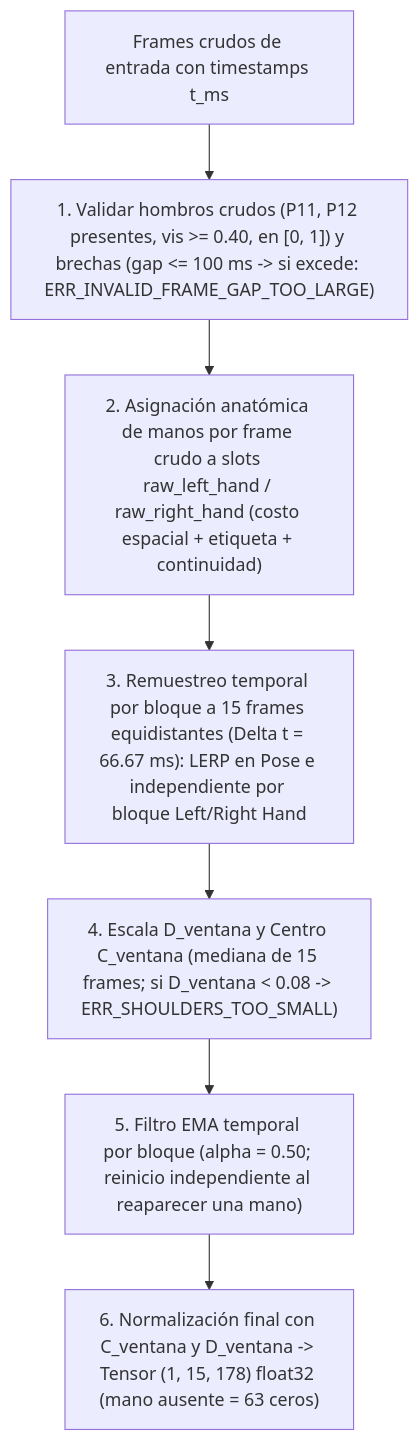
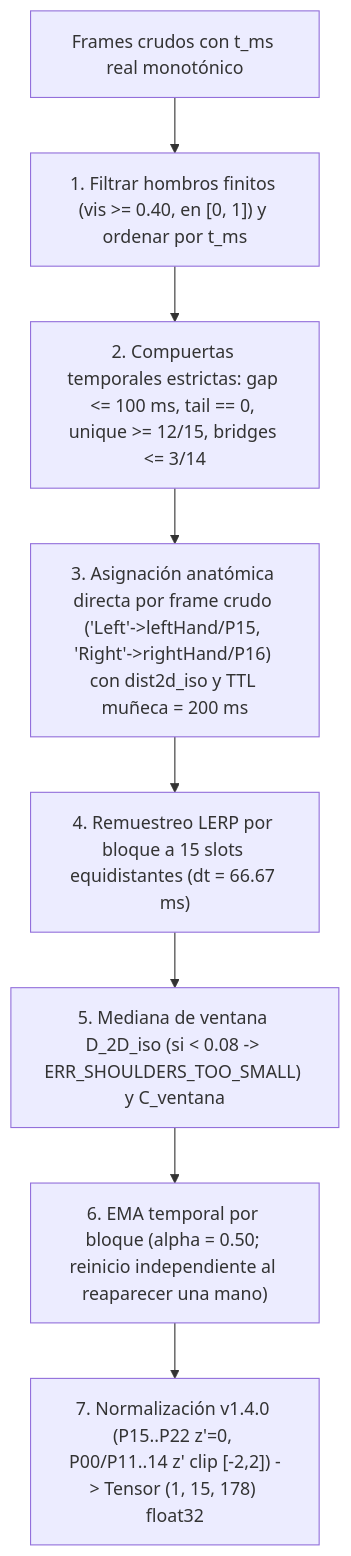
The diagram in docs/dataset-generator/FEATURE_SPEC.md (Salf423/expresat), drawn with Mermaid before and after one commit. The commit also changed other lines of this file and 3 other files, not shown here.

````diff
--- a/docs/dataset-generator/FEATURE_SPEC.md
+++ b/docs/dataset-generator/FEATURE_SPEC.md
@@ -95,9 +86,10 @@
 ```mermaid
 flowchart TD
-    IN["Frames crudos de entrada con timestamps t_ms"] --> S1["1. Validar hombros crudos (P11, P12 presentes, vis >= 0.40, en [0, 1]) y brechas (gap <= 100 ms -> si excede: ERR_INVALID_FRAME_GAP_TOO_LARGE)"]
-    S1 --> S2["2. Asignación anatómica de manos por frame crudo a slots raw_left_hand / raw_right_hand (costo espacial + etiqueta + continuidad)"]
-    S2 --> S3["3. Remuestreo temporal por bloque a 15 frames equidistantes (Delta t = 66.67 ms): LERP en Pose e independiente por bloque Left/Right Hand"]
-    S3 --> S4["4. Escala D_ventana y Centro C_ventana (mediana de 15 frames; si D_ventana < 0.08 -> ERR_SHOULDERS_TOO_SMALL)"]
-    S4 --> S5["5. Filtro EMA temporal por bloque (alpha = 0.50; reinicio independiente al reaparecer una mano)"]
-    S5 --> S6["6. Normalización final con C_ventana y D_ventana -> Tensor (1, 15, 178) float32 (mano ausente = 63 ceros)"]
+    IN["Frames crudos con t_ms real monotónico"] --> S1["1. Filtrar hombros finitos (vis >= 0.40, en [0, 1]) y ordenar por t_ms"]
+    S1 --> S2["2. Compuertas temporales estrictas: gap <= 100 ms, tail == 0, unique >= 12/15, bridges <= 3/14"]
+    S2 --> S3["3. Asignación anatómica directa por frame crudo ('Left'->leftHand/P15, 'Right'->rightHand/P16) con dist2d_iso y TTL muñeca = 200 ms"]
+    S3 --> S4["4. Remuestreo LERP por bloque a 15 slots equidistantes (dt = 66.67 ms)"]
+    S4 --> S5["5. Mediana de ventana D_2D_iso (si < 0.08 -> ERR_SHOULDERS_TOO_SMALL) y C_ventana"]
+    S5 --> S6["6. EMA temporal por bloque (alpha = 0.50; reinicio independiente al reaparecer una mano)"]
+    S6 --> S7["7. Normalización v1.4.0 (P15..P22 z'=0, P00/P11..14 z' clip [-2,2]) -> Tensor (1, 15, 178) float32"]
 ```
````
